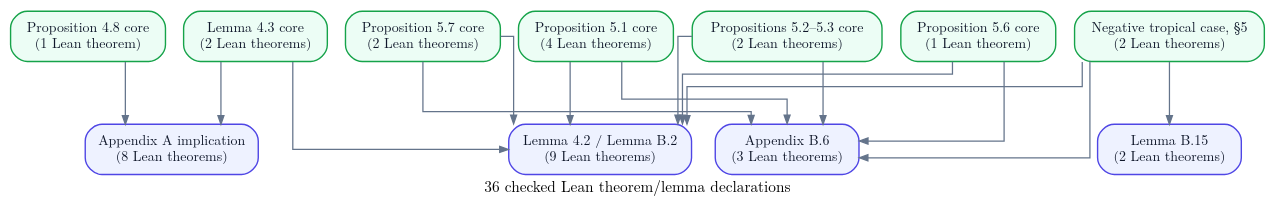
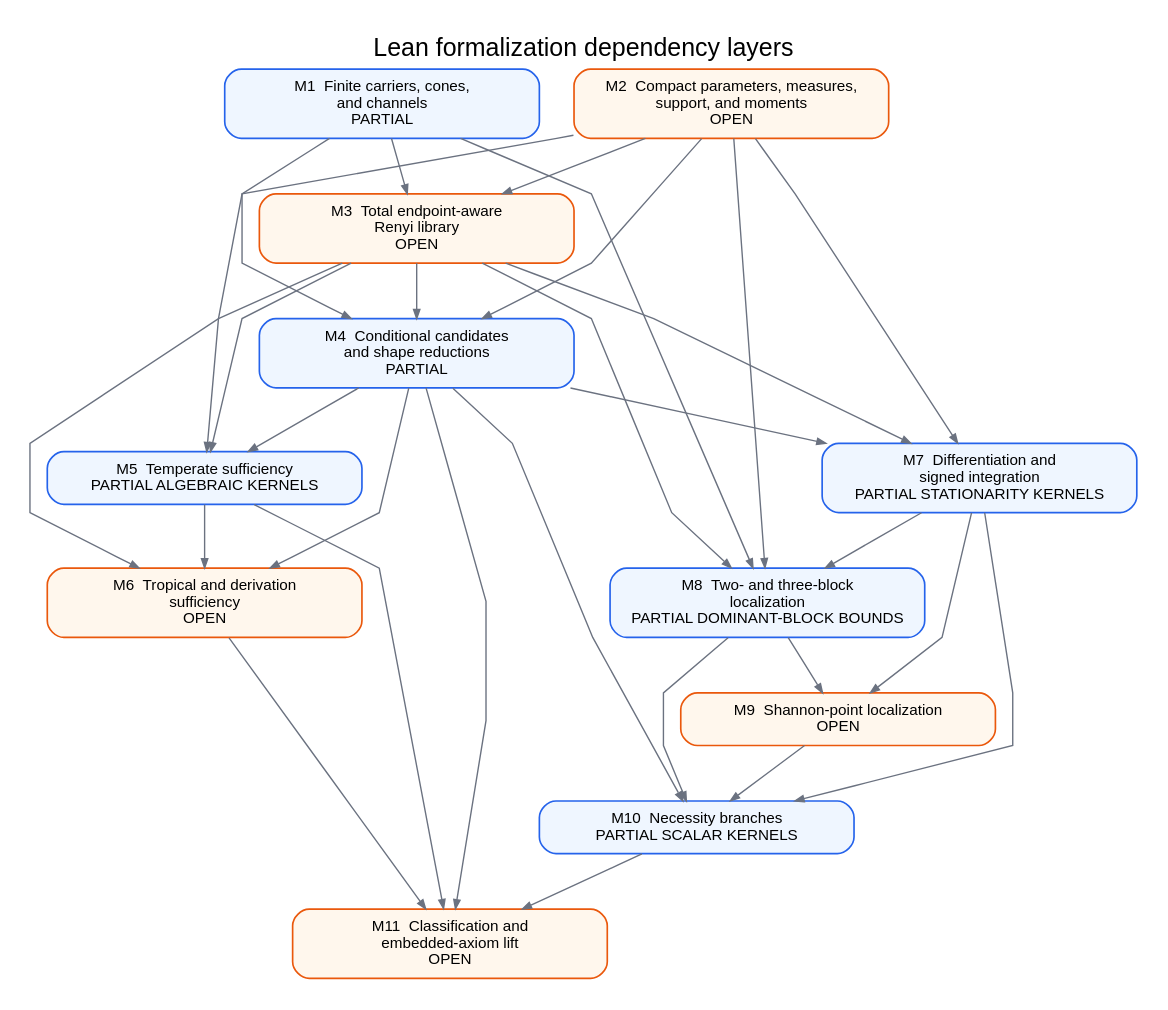
The diagram in paper/dependency-graph.dot (robertorubboli/A-complete-characterization-of-conditional-entropies), drawn with Graphviz before and after one commit. The commit also changed 30 other files, not shown here.

Commit message:
Add audited Lean kernels and formalization appendix

```diff
--- a/paper/dependency-graph.dot
+++ b/paper/dependency-graph.dot
@@ -1,41 +1,70 @@
-digraph ConditionalEntropy {
-  graph [rankdir=TB, bgcolor="transparent", margin=0.08, nodesep=0.18,
-         ranksep=0.62, splines=ortho, label="36 checked Lean theorem/lemma declarations",
-         labelloc="b", fontname="Latin Modern Roman", fontsize=11];
-  node [shape=box, style="rounded,filled", fontname="Latin Modern Roman", fontsize=10,
-        color="#64748b", fillcolor="#ffffff", fontcolor="#0f172a",
-        margin="0.12,0.07"];
-  edge [color="#64748b", arrowsize=0.62, penwidth=0.9];
+digraph FormalizationLayers {
+  graph [rankdir=TB, bgcolor="white", pad=0.20, nodesep=0.35,
+         ranksep=0.55, splines=polyline, newrank=true,
+         fontname="Arial", fontsize=18,
+         label="Lean formalization dependency layers", labelloc=t];
+  node [shape=box, style="rounded,filled", penwidth=1.2,
+        fontname="Arial", fontsize=11, margin="0.16,0.10",
+        width=3.15];
+  edge [color="#6b7280", penwidth=1.0, arrowsize=0.65];
 
-  l43 [label="Lemma 4.3 core\n(2 Lean theorems)", fillcolor="#ecfdf5", color="#16a34a"];
-  p48 [label="Proposition 4.8 core\n(1 Lean theorem)", fillcolor="#ecfdf5", color="#16a34a"];
-  p51 [label="Proposition 5.1 core\n(4 Lean theorems)", fillcolor="#ecfdf5", color="#16a34a"];
-  p523 [label="Propositions 5.2–5.3 core\n(2 Lean theorems)", fillcolor="#ecfdf5", color="#16a34a"];
-  p56 [label="Proposition 5.6 core\n(1 Lean theorem)", fillcolor="#ecfdf5", color="#16a34a"];
-  nt [label="Negative tropical case, §5\n(2 Lean theorems)", fillcolor="#ecfdf5", color="#16a34a"];
-  p57 [label="Proposition 5.7 core\n(2 Lean theorems)", fillcolor="#ecfdf5", color="#16a34a"];
+  m1 [label="M1  Finite carriers, cones,\nand channels\nPARTIAL",
+      fillcolor="#eff6ff", color="#2563eb"];
+  m2 [label="M2  Compact parameters, measures,\nsupport, and moments\nOPEN",
+      fillcolor="#fff7ed", color="#ea580c"];
+  m3 [label="M3  Total endpoint-aware\nRenyi library\nOPEN",
+      fillcolor="#fff7ed", color="#ea580c"];
+  m4 [label="M4  Conditional candidates\nand shape reductions\nPARTIAL",
+      fillcolor="#eff6ff", color="#2563eb"];
+  m5 [label="M5  Temperate sufficiency\nPARTIAL ALGEBRAIC KERNELS",
+      fillcolor="#eff6ff", color="#2563eb"];
+  m6 [label="M6  Tropical and derivation\nsufficiency\nOPEN",
+      fillcolor="#fff7ed", color="#ea580c"];
+  m7 [label="M7  Differentiation and\nsigned integration\nPARTIAL STATIONARITY KERNELS",
+      fillcolor="#eff6ff", color="#2563eb"];
+  m8 [label="M8  Two- and three-block\nlocalization\nPARTIAL DOMINANT-BLOCK BOUNDS",
+      fillcolor="#eff6ff", color="#2563eb"];
+  m9 [label="M9  Shannon-point localization\nOPEN",
+      fillcolor="#fff7ed", color="#ea580c"];
+  m10 [label="M10  Necessity branches\nPARTIAL SCALAR KERNELS",
+       fillcolor="#eff6ff", color="#2563eb"];
+  m11 [label="M11  Classification and\nembedded-axiom lift\nOPEN",
+       fillcolor="#fff7ed", color="#ea580c"];
 
-  appA [label="Appendix A implication\n(8 Lean theorems)", fillcolor="#eef2ff", color="#4f46e5"];
-  b2 [label="Lemma 4.2 / Lemma B.2\n(9 Lean theorems)", fillcolor="#eef2ff", color="#4f46e5"];
-  b15 [label="Lemma B.15\n(2 Lean theorems)", fillcolor="#eef2ff", color="#4f46e5"];
-  b6 [label="Appendix B.6\n(3 Lean theorems)", fillcolor="#eef2ff", color="#4f46e5"];
+  { rank=same; m1; m2 }
+  { rank=same; m5; m7 }
+  { rank=same; m6; m8 }
 
-  { rank=same; l43; p48; p51; p523; }
-  { rank=same; p56; nt; p57; }
-  { rank=same; appA; b2; b15; b6; }
+  m1 -> m3;
+  m2 -> m3;
+  m1 -> m4;
+  m2 -> m4;
+  m3 -> m4;
 
-  l43 -> appA;
-  l43 -> b2;
-  p48 -> appA;
-  p51 -> b2;
-  p51 -> b6;
-  p523 -> b2;
-  p523 -> b6;
-  p56 -> b2;
-  p56 -> b6;
-  nt -> b2;
-  nt -> b15;
-  nt -> b6;
-  p57 -> b2;
-  p57 -> b6;
+  m2 -> m5;
+  m3 -> m5;
+  m4 -> m5;
+  m3 -> m6;
+  m4 -> m6;
+  m5 -> m6;
+
+  m2 -> m7;
+  m3 -> m7;
+  m4 -> m7;
+  m1 -> m8;
+  m2 -> m8;
+  m3 -> m8;
+  m7 -> m8;
+  m7 -> m9;
+  m8 -> m9;
+
+  m4 -> m10;
+  m7 -> m10;
+  m8 -> m10;
+  m9 -> m10;
+
+  m4 -> m11;
+  m5 -> m11;
+  m6 -> m11;
+  m10 -> m11;
 }
```
